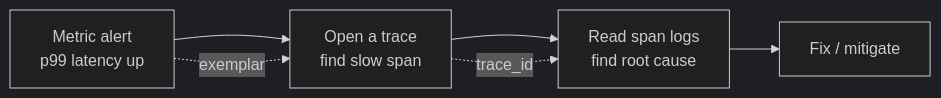
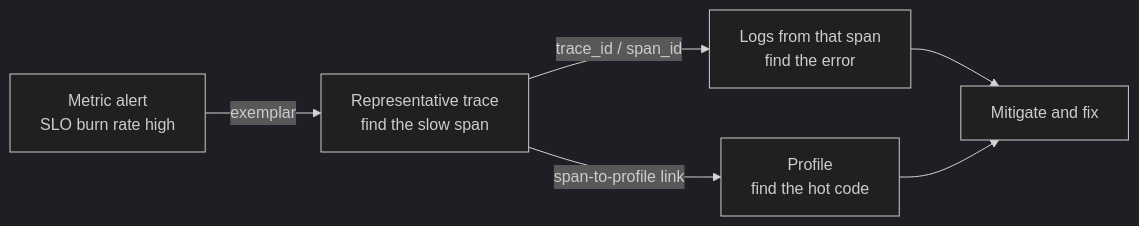
The first of 4 diagrams in github-pages/docs/distributed-systems/observability.md (AndrewAltimit/Documentation), drawn with Mermaid (dark theme) before and after one commit. The commit also changed other lines of this file and 240 other files, not shown here.

````diff
--- a/github-pages/docs/distributed-systems/observability.md
+++ b/github-pages/docs/distributed-systems/observability.md
@@ -33,8 +42,8 @@
 ```mermaid
 flowchart LR
-    Alert["Metric alert<br/>p99 latency up"] --> Trace["Open a trace<br/>find slow span"]
-    Trace --> Log["Read span logs<br/>find root cause"]
-    Log --> Fix["Fix / mitigate"]
-    Trace -. trace_id .-> Log
-    Alert -. exemplar .-> Trace
+    Alert["Metric alert<br/>SLO burn rate high"] -->|exemplar| Trace["Representative trace<br/>find the slow span"]
+    Trace -->|trace_id / span_id| Log["Logs from that span<br/>find the error"]
+    Trace -->|span-to-profile link| Prof["Profile<br/>find the hot code"]
+    Log --> Fix["Mitigate and fix"]
+    Prof --> Fix
 ```
````
